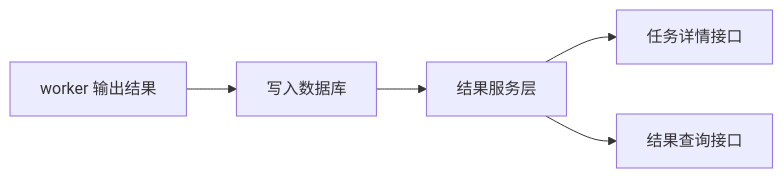
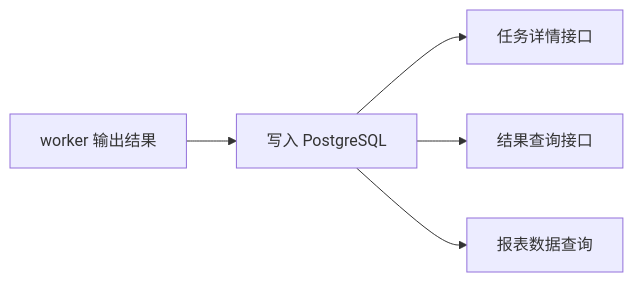
Before and after one commit to juemimgcd/sentiFlow: diagram 12 of 18 in steps/day1-day15-summary.md, drawn with Mermaid. The commit also changed other lines of this file and 2 other files, not shown here.

````diff
--- a/steps/day1-day15-summary.md
+++ b/steps/day1-day15-summary.md
@@ -350,7 +377,7 @@
 ```mermaid
 flowchart LR
-    A[worker 输出结果] --> B[写入数据库]
-    B --> C[结果服务层]
-    C --> D[任务详情接口]
-    C --> E[结果查询接口]
+    A[worker 输出结果] --> B[写入 PostgreSQL]
+    B --> C[任务详情接口]
+    B --> D[结果查询接口]
+    B --> E[报表数据查询]
 ```
````
